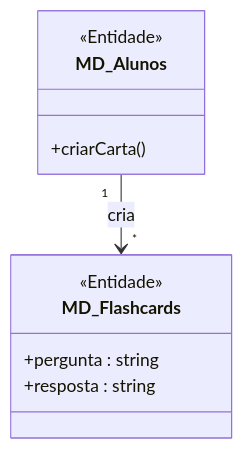
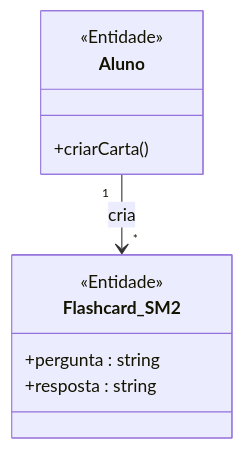
The first of 2 diagrams in PIM_III/02_Modelagem_UML_Astah/UC10_Criar_Flashcards/README.md (MayconDIS/PIM_III-Documentacao_UML), drawn with Mermaid before and after one commit. The commit also changed other lines of this file and 86 other files, not shown here.

Commit message:
docs(uml): add comprehensive UML diagrams and tutorials for all 15 use cases

````diff
--- a/PIM_III/02_Modelagem_UML_Astah/UC10_Criar_Flashcards/README.md
+++ b/PIM_III/02_Modelagem_UML_Astah/UC10_Criar_Flashcards/README.md
@@ -51,13 +51,13 @@
 ```mermaid
 classDiagram
-    class MD_Alunos {
+    class Aluno {
         <<Entidade>>
         +criarCarta()
     }
-    class MD_Flashcards {
+    class Flashcard_SM2 {
         <<Entidade>>
         +pergunta : string
         +resposta : string
     }
-    MD_Alunos "1" --> "*" MD_Flashcards : cria
+    Aluno "1" --> "*" Flashcard_SM2 : cria
 ```
````
